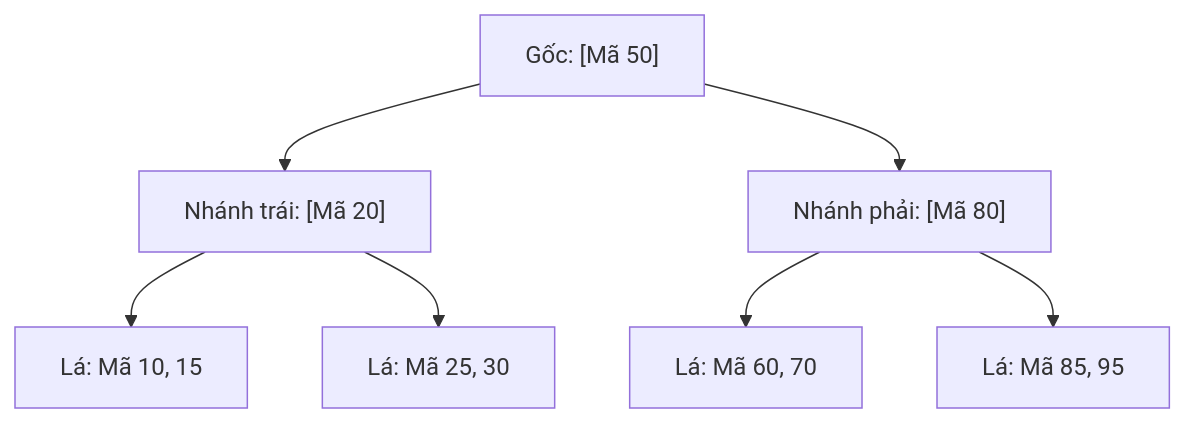
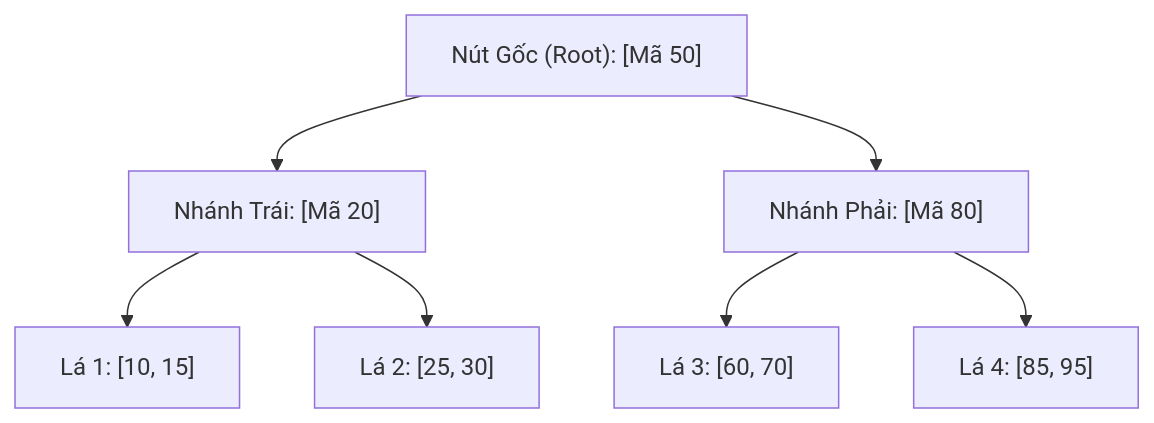
The eighth of 10 diagrams in database/Database.md (ThanhPhongvipvip/Tutorial), drawn with Mermaid before and after one commit. The commit also changed other lines of this file and 1 other file, not shown here.

````diff
--- a/database/Database.md
+++ b/database/Database.md
@@ -515,9 +942,10 @@
 ```mermaid
 graph TD
-    Root["Gốc: [Mã 50]"] --> Branch1["Nhánh trái: [Mã 20]"]
-    Root --> Branch2["Nhánh phải: [Mã 80]"]
-    Branch1 --> Leaf1["Lá: Mã 10, 15"]
-    Branch1 --> Leaf2["Lá: Mã 25, 30"]
-    Branch2 --> Leaf3["Lá: Mã 60, 70"]
-    Branch2 --> Leaf4["Lá: Mã 85, 95"]
+    Root["Nút Gốc (Root): [Mã 50]"] --> B1["Nhánh Trái: [Mã 20]"]
+    Root --> B2["Nhánh Phải: [Mã 80]"]
+    
+    B1 --> L1["Lá 1: [10, 15]"]
+    B1 --> L2["Lá 2: [25, 30]"]
+    B2 --> L3["Lá 3: [60, 70]"]
+    B2 --> L4["Lá 4: [85, 95]"]
 ```
````
